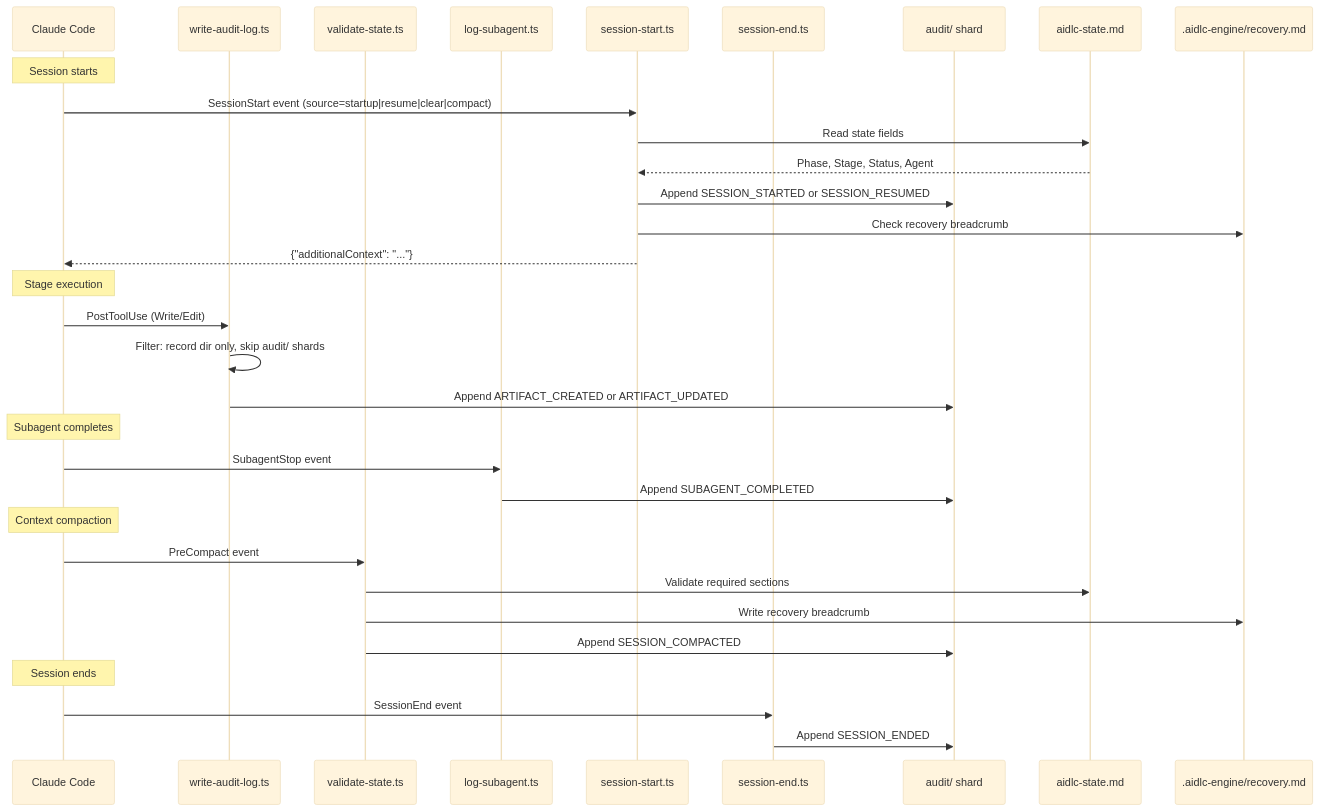
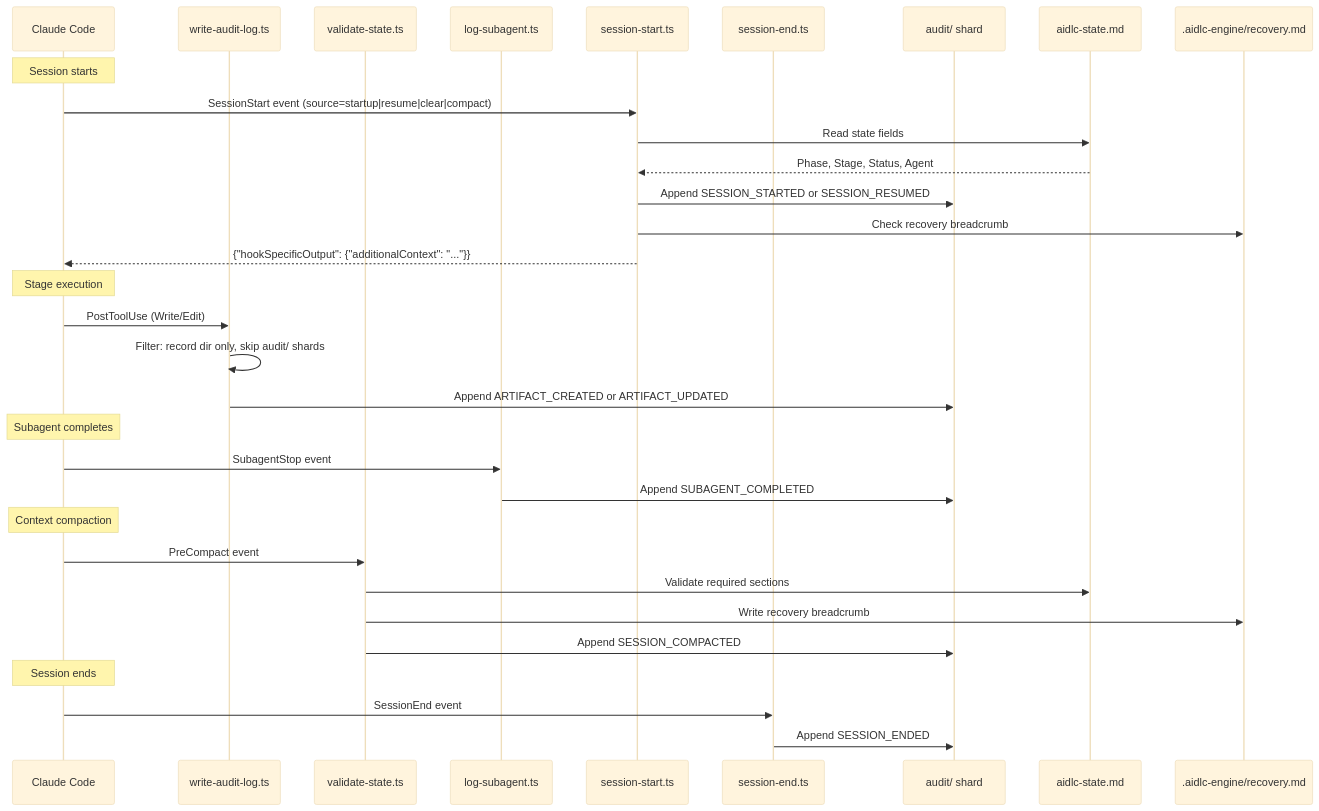
One commit to otomatty/aidlc-guide changed the diagram in docs/reference/en/06-hooks-and-tools.md. Above: the diagram before and after it, drawn with Mermaid (base theme). The commit also changed other lines of this file and 832 other files, not shown here.

````diff
--- a/docs/reference/en/06-hooks-and-tools.md
+++ b/docs/reference/en/06-hooks-and-tools.md
@@ -517,39 +829,39 @@
 ```mermaid
 sequenceDiagram
     participant CC as Claude Code
     participant AL as write-audit-log.ts
     participant VS as validate-state.ts
     participant LS as log-subagent.ts
     participant SS as session-start.ts
     participant SE as session-end.ts
     participant AF as audit/ shard
     participant SF as aidlc-state.md
     participant RF as .aidlc-engine/recovery.md
 
     Note over CC: Session starts
     CC->>SS: SessionStart event (source=startup|resume|clear|compact)
     SS->>SF: Read state fields
     SF-->>SS: Phase, Stage, Status, Agent
     SS->>AF: Append SESSION_STARTED or SESSION_RESUMED
     SS->>RF: Check recovery breadcrumb
-    SS-->>CC: {"additionalContext": "..."}
+    SS-->>CC: {"hookSpecificOutput": {"additionalContext": "..."}}
 
     Note over CC: Stage execution
     CC->>AL: PostToolUse (Write/Edit)
     AL->>AL: Filter: record dir only, skip audit/ shards
     AL->>AF: Append ARTIFACT_CREATED or ARTIFACT_UPDATED
 
     Note over CC: Subagent completes
     CC->>LS: SubagentStop event
     LS->>AF: Append SUBAGENT_COMPLETED
 
     Note over CC: Context compaction
     CC->>VS: PreCompact event
     VS->>SF: Validate required sections
     VS->>RF: Write recovery breadcrumb
     VS->>AF: Append SESSION_COMPACTED
 
     Note over CC: Session ends
     CC->>SE: SessionEnd event
     SE->>AF: Append SESSION_ENDED
 ```
````
